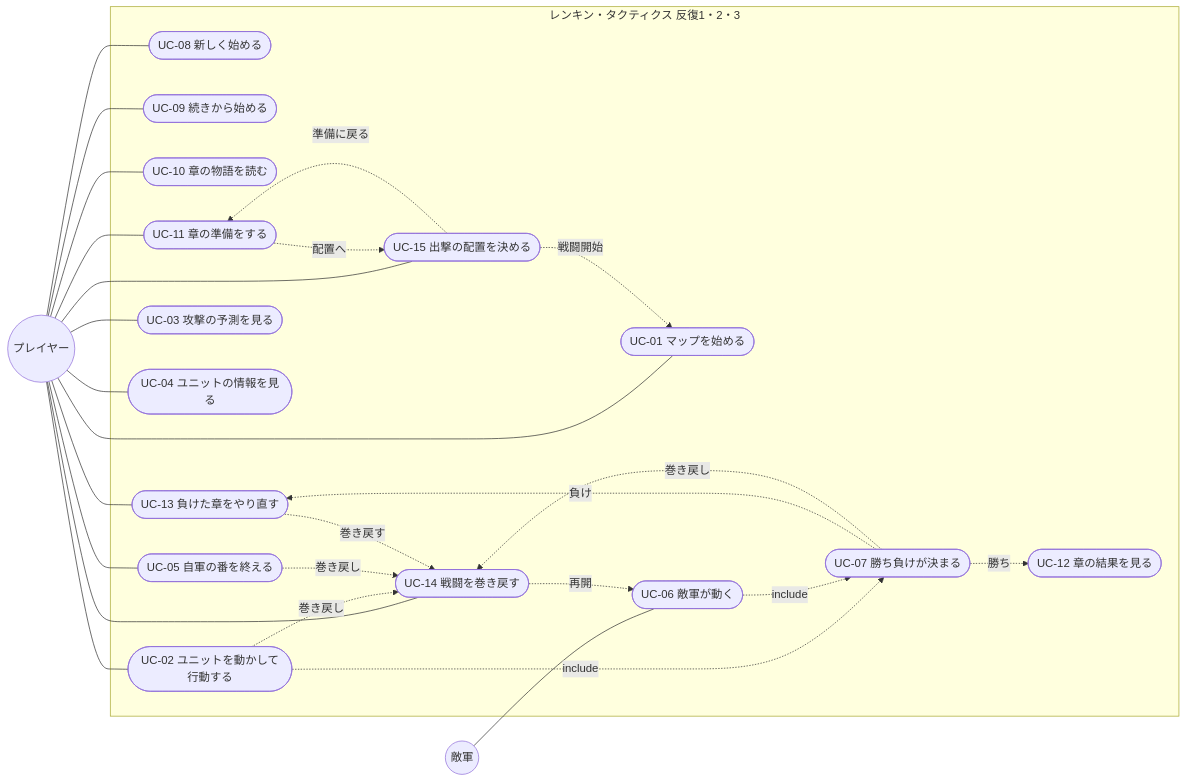
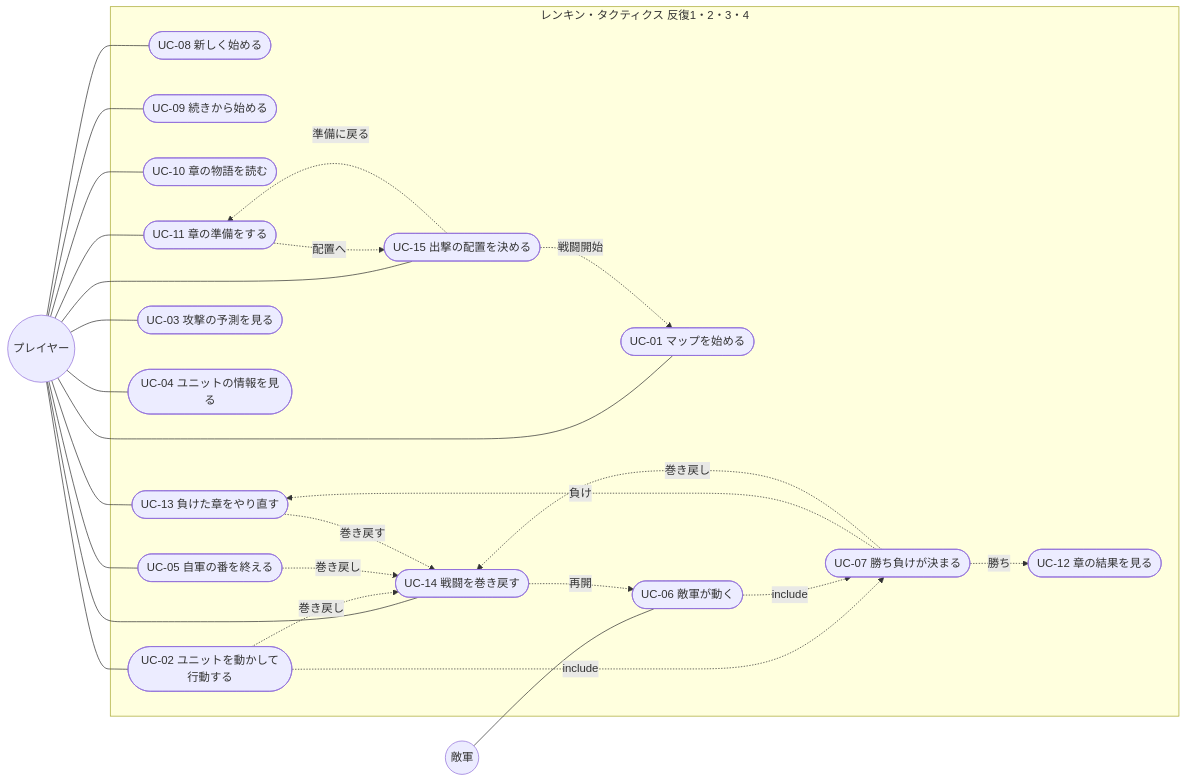
One commit to sakana396/renkin_tactics changed the diagram in docs/02_requirements/use-cases.md. Above: the diagram before and after it, drawn with Mermaid. The commit also changed other lines of this file and 4 other files, not shown here.

````diff
--- a/docs/02_requirements/use-cases.md
+++ b/docs/02_requirements/use-cases.md
@@ -17,47 +17,47 @@
 ```mermaid
 flowchart LR
   P((プレイヤー))
   E((敵軍))
-  subgraph RT[レンキン・タクティクス 反復1・2・3]
+  subgraph RT[レンキン・タクティクス 反復1・2・3・4]
     UC08([UC-08 新しく始める])
     UC09([UC-09 続きから始める])
     UC10([UC-10 章の物語を読む])
     UC11([UC-11 章の準備をする])
     UC01([UC-01 マップを始める])
     UC02([UC-02 ユニットを動かして行動する])
     UC03([UC-03 攻撃の予測を見る])
     UC04([UC-04 ユニットの情報を見る])
     UC05([UC-05 自軍の番を終える])
     UC06([UC-06 敵軍が動く])
     UC07([UC-07 勝ち負けが決まる])
     UC12([UC-12 章の結果を見る])
     UC13([UC-13 負けた章をやり直す])
     UC14([UC-14 戦闘を巻き戻す])
     UC15([UC-15 出撃の配置を決める])
   end
   P --- UC08
   P --- UC09
   P --- UC10
   P --- UC11
   P --- UC13
   P --- UC14
   P --- UC15
   P --- UC01
   P --- UC02
   P --- UC03
   P --- UC04
   P --- UC05
   E --- UC06
   UC02 -.include.-> UC07
   UC06 -.include.-> UC07
   UC07 -.勝ち.-> UC12
   UC07 -.負け.-> UC13
   UC11 -.配置へ.-> UC15
   UC15 -.戦闘開始.-> UC01
   UC15 -.準備に戻る.-> UC11
   UC02 -.巻き戻し.-> UC14
   UC05 -.巻き戻し.-> UC14
   UC07 -.巻き戻し.-> UC14
   UC13 -.巻き戻す.-> UC14
   UC14 -.再開.-> UC06
 ```
````
